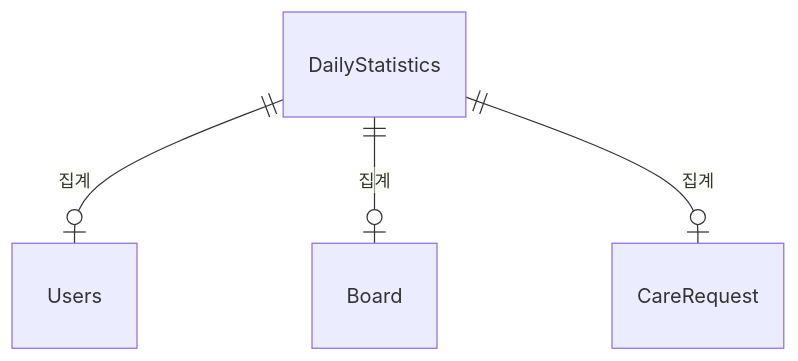
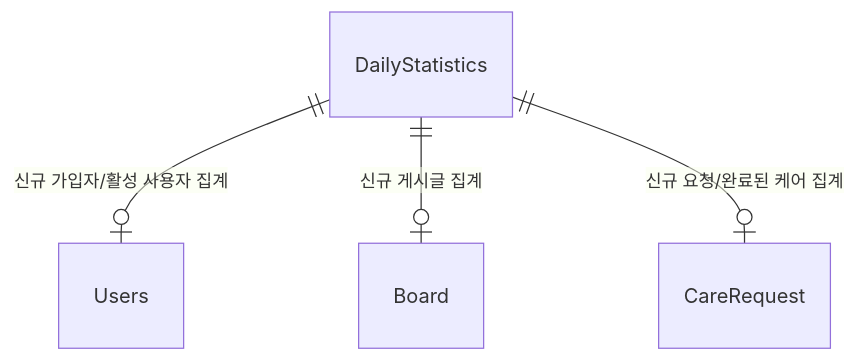
One commit to makkong1/Petory changed the diagram in docs/domains/statistics.md. Above: the diagram before and after it, drawn with Mermaid. The commit also changed other lines of this file and 23 other files, not shown here.

````diff
--- a/docs/domains/statistics.md
+++ b/docs/domains/statistics.md
@@ -98,6 +312,6 @@
 ```mermaid
 erDiagram
-    DailyStatistics ||--o| Users : "집계"
-    DailyStatistics ||--o| Board : "집계"
-    DailyStatistics ||--o| CareRequest : "집계"
+    DailyStatistics ||--o| Users : "신규 가입자/활성 사용자 집계"
+    DailyStatistics ||--o| Board : "신규 게시글 집계"
+    DailyStatistics ||--o| CareRequest : "신규 요청/완료된 케어 집계"
 ```
````
